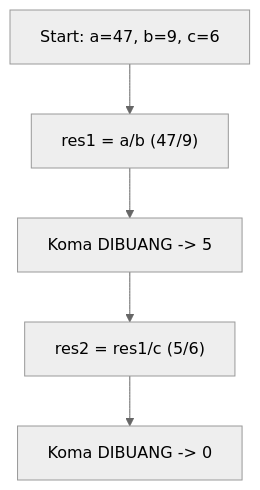
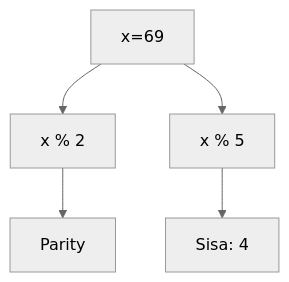
One commit to amnahwaida/OSNK_INF_PREP changed diagram 13 of 25 in part-c-pemahaman-cpp/01-tipe-data/latihan/set-08.md. Above: the diagram before and after it, drawn with Mermaid (neutral theme). The commit also changed other lines of this file and 71 other files, not shown here.

````diff
--- a/part-c-pemahaman-cpp/01-tipe-data/latihan/set-08.md
+++ b/part-c-pemahaman-cpp/01-tipe-data/latihan/set-08.md
@@ -350,7 +389,7 @@
 ```mermaid
 graph TD
-    A[Start: a=47, b=9, c=6] --> B["res1 = a/b (47/9)"]
-    B --> C["Koma DIBUANG -> 5"]
-    C --> D["res2 = res1/c (5/6)"]
-    D --> E["Koma DIBUANG -> 0"]
+A[x=69] --> B[x % 2]
+B --> C[Parity]
+A --> D[x % 5]
+D --> E[Sisa: 4]
 ```
````
